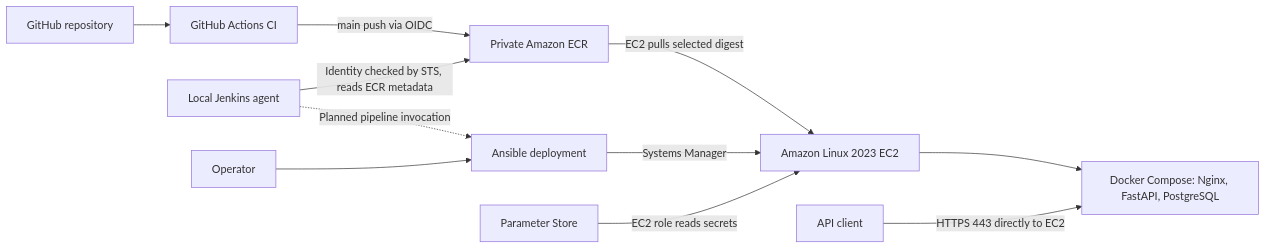
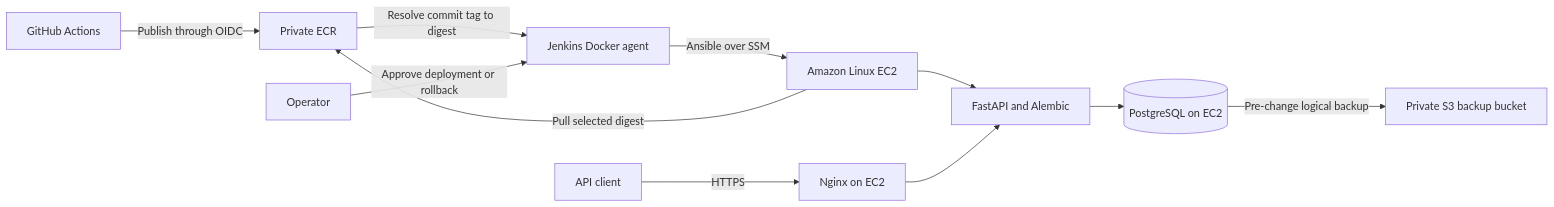
One commit to Orlando-Alvarez/Ticket-API changed the diagram in README.md. Above: the diagram before and after it, drawn with Mermaid. The commit also changed other lines of this file and 12 other files, not shown here.

````diff
--- a/README.md
+++ b/README.md
@@ -85,13 +45,13 @@
 ```mermaid
 flowchart LR
-    GitHub[GitHub repository] --> CI[GitHub Actions CI]
-    CI -->|"main push via OIDC"| ECR[Private Amazon ECR]
-    Jenkins[Local Jenkins agent] -->|"Identity checked by STS, reads ECR metadata"| ECR
-    Jenkins -.->|"Planned pipeline invocation"| Ansible[Ansible deployment]
-    Operator[Operator] --> Ansible
-    Ansible -->|"Systems Manager"| EC2[Amazon Linux 2023 EC2]
-    ECR -->|"EC2 pulls selected digest"| EC2
-    Parameters[Parameter Store] -->|"EC2 role reads secrets"| EC2
-    EC2 --> Stack["Docker Compose: Nginx, FastAPI, PostgreSQL"]
-    Client[API client] -->|"HTTPS 443 directly to EC2"| Stack
+    CI[GitHub Actions] -->|"Publish through OIDC"| Registry[Private ECR]
+    Registry -->|"Resolve commit tag to digest"| Jenkins[Jenkins Docker agent]
+    Operator[Operator] -->|"Approve deployment or rollback"| Jenkins
+    Jenkins -->|"Ansible over SSM"| Host[Amazon Linux EC2]
+    Host -->|"Pull selected digest"| Registry
+    Host --> API[FastAPI and Alembic]
+    Client[API client] -->|"HTTPS"| Proxy[Nginx on EC2]
+    Proxy --> API
+    API --> DB[(PostgreSQL on EC2)]
+    DB -->|"Pre-change logical backup"| Backup[Private S3 backup bucket]
 ```
````
